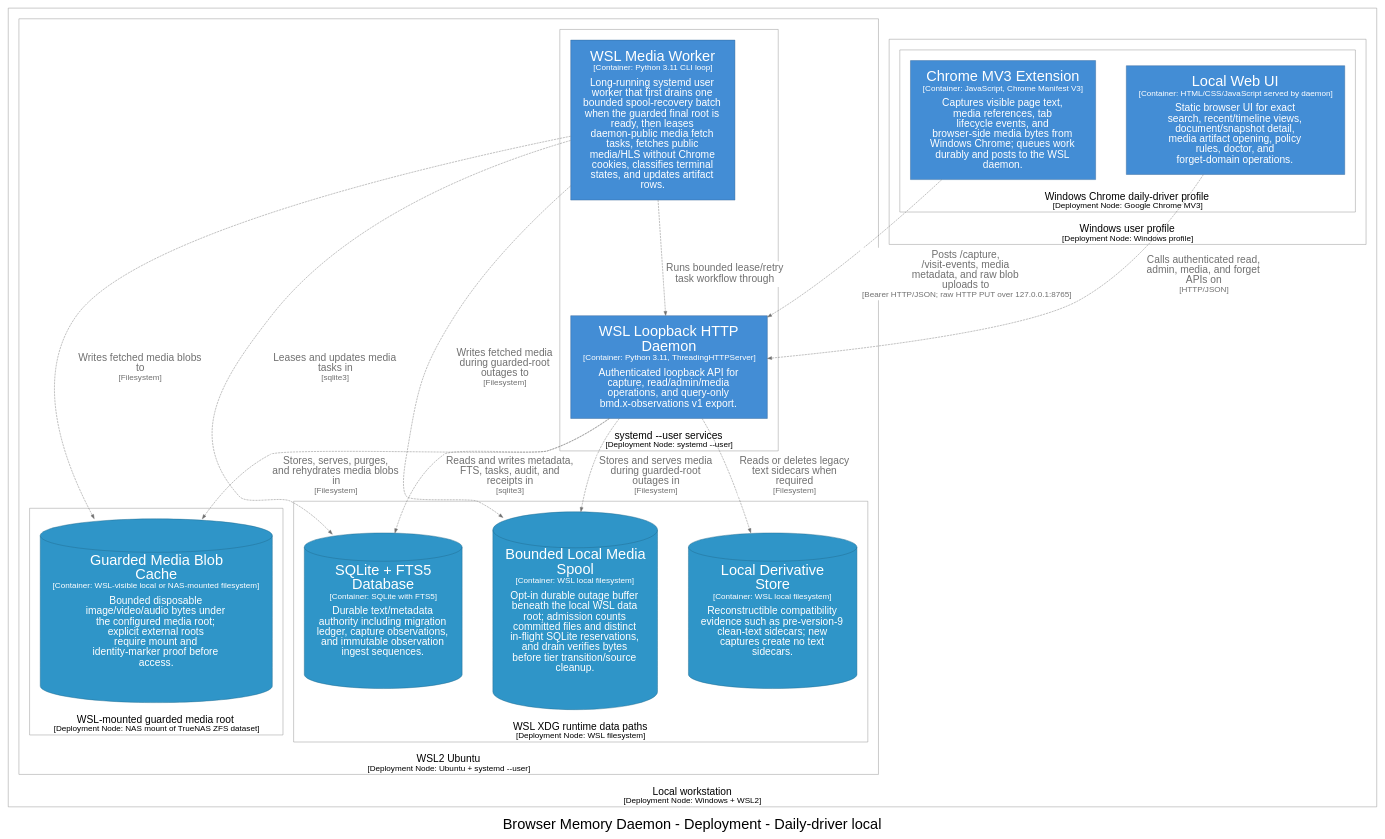
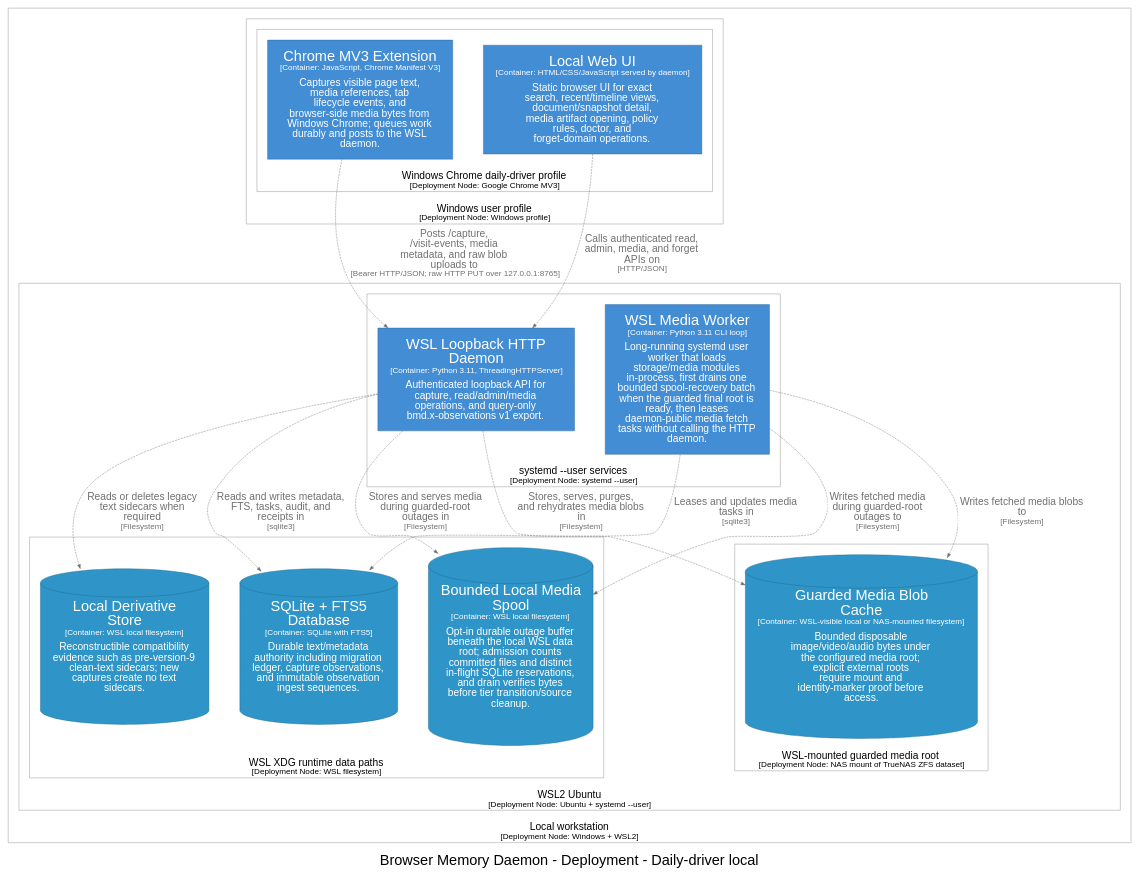
One commit to michaelnicks0/browser-memory-daemon changed the diagram in docs/architecture/diagrams/dot/structurizr-DailyDriverDeployment.dot. Above: the diagram before and after it, drawn with Graphviz. The commit also changed 269 other files, not shown here.

Commit message:
docs: reconcile late architecture audit findings

```diff
--- a/docs/architecture/diagrams/dot/structurizr-DailyDriverDeployment.dot
+++ b/docs/architecture/diagrams/dot/structurizr-DailyDriverDeployment.dot
@@ -5,7 +5,7 @@
   edge [fontname="Arial"]
   label=<<br /><font point-size="34">Browser Memory Daemon - Deployment - Daily-driver local</font>>
 
-  subgraph cluster_175 {
+  subgraph cluster_203 {
     margin=25
     label=<<font point-size="24">Local workstation</font><br /><font point-size="19">[Deployment Node: Windows + WSL2]</font>>
     labelloc=b
@@ -13,7 +13,7 @@
     fontcolor="#000000"
     fillcolor="#ffffff"
 
-    subgraph cluster_176 {
+    subgraph cluster_204 {
       margin=25
       label=<<font point-size="24">Windows user profile</font><br /><font point-size="19">[Deployment Node: Windows profile]</font>>
       labelloc=b
@@ -21,7 +21,7 @@
       fontcolor="#000000"
       fillcolor="#ffffff"
 
-      subgraph cluster_177 {
+      subgraph cluster_205 {
         margin=25
         label=<<font point-size="24">Windows Chrome daily-driver profile</font><br /><font point-size="19">[Deployment Node: Google Chrome MV3]</font>>
         labelloc=b
@@ -29,13 +29,13 @@
         fontcolor="#000000"
         fillcolor="#ffffff"
 
-        178 [id=178,shape=rect, label=<<font point-size="34">Chrome MV3 Extension</font><br /><font point-size="19">[Container: JavaScript, Chrome Manifest V3]</font><br /><br /><font point-size="24">Captures visible page text,<br />media references, tab<br />lifecycle events, and<br />browser-side media bytes from<br />Windows Chrome; queues work<br />durably and posts to the WSL<br />daemon.</font>>, style=filled, color="#2e6295", fillcolor="#438dd5", fontcolor="#ffffff"]
-        181 [id=181,shape=rect, label=<<font point-size="34">Local Web UI</font><br /><font point-size="19">[Container: HTML/CSS/JavaScript served by daemon]</font><br /><br /><font point-size="24">Static browser UI for exact<br />search, recent/timeline views,<br />document/snapshot detail,<br />media artifact opening, policy<br />rules, doctor, and<br />forget-domain operations.</font>>, style=filled, color="#2e6295", fillcolor="#438dd5", fontcolor="#ffffff"]
+        206 [id=206,shape=rect, label=<<font point-size="34">Chrome MV3 Extension</font><br /><font point-size="19">[Container: JavaScript, Chrome Manifest V3]</font><br /><br /><font point-size="24">Captures visible page text,<br />media references, tab<br />lifecycle events, and<br />browser-side media bytes from<br />Windows Chrome; queues work<br />durably and posts to the WSL<br />daemon.</font>>, style=filled, color="#2e6295", fillcolor="#438dd5", fontcolor="#ffffff"]
+        209 [id=209,shape=rect, label=<<font point-size="34">Local Web UI</font><br /><font point-size="19">[Container: HTML/CSS/JavaScript served by daemon]</font><br /><br /><font point-size="24">Static browser UI for exact<br />search, recent/timeline views,<br />document/snapshot detail,<br />media artifact opening, policy<br />rules, doctor, and<br />forget-domain operations.</font>>, style=filled, color="#2e6295", fillcolor="#438dd5", fontcolor="#ffffff"]
       }
 
     }
 
-    subgraph cluster_183 {
+    subgraph cluster_211 {
       margin=25
       label=<<font point-size="24">WSL2 Ubuntu</font><br /><font point-size="19">[Deployment Node: Ubuntu + systemd --user]</font>>
       labelloc=b
@@ -43,7 +43,7 @@
       fontcolor="#000000"
       fillcolor="#ffffff"
 
-      subgraph cluster_184 {
+      subgraph cluster_212 {
         margin=25
         label=<<font point-size="24">systemd --user services</font><br /><font point-size="19">[Deployment Node: systemd --user]</font>>
         labelloc=b
@@ -51,11 +51,11 @@
         fontcolor="#000000"
         fillcolor="#ffffff"
 
-        185 [id=185,shape=rect, label=<<font point-size="34">WSL Loopback HTTP<br />Daemon</font><br /><font point-size="19">[Container: Python 3.11, ThreadingHTTPServer]</font><br /><br /><font point-size="24">Authenticated loopback API for<br />capture, read/admin/media<br />operations, and query-only<br />bmd.x-observations v1 export.</font>>, style=filled, color="#2e6295", fillcolor="#438dd5", fontcolor="#ffffff"]
-        188 [id=188,shape=rect, label=<<font point-size="34">WSL Media Worker</font><br /><font point-size="19">[Container: Python 3.11 CLI loop]</font><br /><br /><font point-size="24">Long-running systemd user<br />worker that first drains one<br />bounded spool-recovery batch<br />when the guarded final root is<br />ready, then leases<br />daemon-public media fetch<br />tasks, fetches public<br />media/HLS without Chrome<br />cookies, classifies terminal<br />states, and updates artifact<br />rows.</font>>, style=filled, color="#2e6295", fillcolor="#438dd5", fontcolor="#ffffff"]
+        213 [id=213,shape=rect, label=<<font point-size="34">WSL Loopback HTTP<br />Daemon</font><br /><font point-size="19">[Container: Python 3.11, ThreadingHTTPServer]</font><br /><br /><font point-size="24">Authenticated loopback API for<br />capture, read/admin/media<br />operations, and query-only<br />bmd.x-observations v1 export.</font>>, style=filled, color="#2e6295", fillcolor="#438dd5", fontcolor="#ffffff"]
+        216 [id=216,shape=rect, label=<<font point-size="34">WSL Media Worker</font><br /><font point-size="19">[Container: Python 3.11 CLI loop]</font><br /><br /><font point-size="24">Long-running systemd user<br />worker that loads<br />storage/media modules<br />in-process, first drains one<br />bounded spool-recovery batch<br />when the guarded final root is<br />ready, then leases<br />daemon-public media fetch<br />tasks without calling the HTTP<br />daemon.</font>>, style=filled, color="#2e6295", fillcolor="#438dd5", fontcolor="#ffffff"]
       }
 
-      subgraph cluster_190 {
+      subgraph cluster_217 {
         margin=25
         label=<<font point-size="24">WSL shell</font><br /><font point-size="19">[Deployment Node: Bash + Python]</font>>
         labelloc=b
@@ -65,7 +65,7 @@
 
       }
 
-      subgraph cluster_193 {
+      subgraph cluster_220 {
         margin=25
         label=<<font point-size="24">WSL XDG runtime data paths</font><br /><font point-size="19">[Deployment Node: WSL filesystem]</font>>
         labelloc=b
@@ -73,12 +73,12 @@
         fontcolor="#000000"
         fillcolor="#ffffff"
 
-        194 [id=194,shape=cylinder, label=<<font point-size="34">SQLite + FTS5<br />Database</font><br /><font point-size="19">[Container: SQLite with FTS5]</font><br /><br /><font point-size="24">Durable text/metadata<br />authority including migration<br />ledger, capture observations,<br />and immutable observation<br />ingest sequences.</font>>, style=filled, color="#20688c", fillcolor="#2f95c8", fontcolor="#ffffff"]
-        198 [id=198,shape=cylinder, label=<<font point-size="34">Local Derivative<br />Store</font><br /><font point-size="19">[Container: WSL local filesystem]</font><br /><br /><font point-size="24">Reconstructible compatibility<br />evidence such as pre-version-9<br />clean-text sidecars; new<br />captures create no text<br />sidecars.</font>>, style=filled, color="#20688c", fillcolor="#2f95c8", fontcolor="#ffffff"]
-        201 [id=201,shape=cylinder, label=<<font point-size="34">Bounded Local Media<br />Spool</font><br /><font point-size="19">[Container: WSL local filesystem]</font><br /><br /><font point-size="24">Opt-in durable outage buffer<br />beneath the local WSL data<br />root; admission counts<br />committed files and distinct<br />in-flight SQLite reservations,<br />and drain verifies bytes<br />before tier transition/source<br />cleanup.</font>>, style=filled, color="#20688c", fillcolor="#2f95c8", fontcolor="#ffffff"]
+        221 [id=221,shape=cylinder, label=<<font point-size="34">SQLite + FTS5<br />Database</font><br /><font point-size="19">[Container: SQLite with FTS5]</font><br /><br /><font point-size="24">Durable text/metadata<br />authority including migration<br />ledger, capture observations,<br />and immutable observation<br />ingest sequences.</font>>, style=filled, color="#20688c", fillcolor="#2f95c8", fontcolor="#ffffff"]
+        225 [id=225,shape=cylinder, label=<<font point-size="34">Local Derivative<br />Store</font><br /><font point-size="19">[Container: WSL local filesystem]</font><br /><br /><font point-size="24">Reconstructible compatibility<br />evidence such as pre-version-9<br />clean-text sidecars; new<br />captures create no text<br />sidecars.</font>>, style=filled, color="#20688c", fillcolor="#2f95c8", fontcolor="#ffffff"]
+        228 [id=228,shape=cylinder, label=<<font point-size="34">Bounded Local Media<br />Spool</font><br /><font point-size="19">[Container: WSL local filesystem]</font><br /><br /><font point-size="24">Opt-in durable outage buffer<br />beneath the local WSL data<br />root; admission counts<br />committed files and distinct<br />in-flight SQLite reservations,<br />and drain verifies bytes<br />before tier transition/source<br />cleanup.</font>>, style=filled, color="#20688c", fillcolor="#2f95c8", fontcolor="#ffffff"]
       }
 
-      subgraph cluster_206 {
+      subgraph cluster_233 {
         margin=25
         label=<<font point-size="24">WSL-mounted guarded media root</font><br /><font point-size="19">[Deployment Node: NAS mount of TrueNAS ZFS dataset]</font>>
         labelloc=b
@@ -86,21 +86,20 @@
         fontcolor="#000000"
         fillcolor="#ffffff"
 
-        207 [id=207,shape=cylinder, label=<<font point-size="34">Guarded Media Blob<br />Cache</font><br /><font point-size="19">[Container: WSL-visible local or NAS-mounted filesystem]</font><br /><br /><font point-size="24">Bounded disposable<br />image/video/audio bytes under<br />the configured media root;<br />explicit external roots<br />require mount and<br />identity-marker proof before<br />access.</font>>, style=filled, color="#20688c", fillcolor="#2f95c8", fontcolor="#ffffff"]
+        234 [id=234,shape=cylinder, label=<<font point-size="34">Guarded Media Blob<br />Cache</font><br /><font point-size="19">[Container: WSL-visible local or NAS-mounted filesystem]</font><br /><br /><font point-size="24">Bounded disposable<br />image/video/audio bytes under<br />the configured media root;<br />explicit external roots<br />require mount and<br />identity-marker proof before<br />access.</font>>, style=filled, color="#20688c", fillcolor="#2f95c8", fontcolor="#ffffff"]
       }
 
     }
 
   }
 
-  178 -> 185 [id=186, label=<<TABLE BORDER="0" CELLBORDER="0" CELLSPACING="0" CELLPADDING="4" BGCOLOR="white"><TR><TD><font point-size="24">Posts /capture,<br />/visit-events, media<br />metadata, and raw blob<br />uploads to</font><br /><font point-size="19">[Bearer HTTP/JSON; raw HTTP PUT over 127.0.0.1:8765]</font></TD></TR></TABLE>>, style="dashed", color="#707070", fontcolor="#707070"]
-  181 -> 185 [id=187, label=<<TABLE BORDER="0" CELLBORDER="0" CELLSPACING="0" CELLPADDING="4" BGCOLOR="white"><TR><TD><font point-size="24">Calls authenticated read,<br />admin, media, and forget<br />APIs on</font><br /><font point-size="19">[HTTP/JSON]</font></TD></TR></TABLE>>, style="dashed", color="#707070", fontcolor="#707070"]
-  188 -> 185 [id=189, label=<<TABLE BORDER="0" CELLBORDER="0" CELLSPACING="0" CELLPADDING="4" BGCOLOR="white"><TR><TD><font point-size="24">Runs bounded lease/retry<br />task workflow through</font></TD></TR></TABLE>>, style="dashed", color="#707070", fontcolor="#707070"]
-  185 -> 194 [id=195, label=<<TABLE BORDER="0" CELLBORDER="0" CELLSPACING="0" CELLPADDING="4" BGCOLOR="white"><TR><TD><font point-size="24">Reads and writes metadata,<br />FTS, tasks, audit, and<br />receipts in</font><br /><font point-size="19">[sqlite3]</font></TD></TR></TABLE>>, style="dashed", color="#707070", fontcolor="#707070"]
-  188 -> 194 [id=196, label=<<TABLE BORDER="0" CELLBORDER="0" CELLSPACING="0" CELLPADDING="4" BGCOLOR="white"><TR><TD><font point-size="24">Leases and updates media<br />tasks in</font><br /><font point-size="19">[sqlite3]</font></TD></TR></TABLE>>, style="dashed", color="#707070", fontcolor="#707070"]
-  185 -> 198 [id=199, label=<<TABLE BORDER="0" CELLBORDER="0" CELLSPACING="0" CELLPADDING="4" BGCOLOR="white"><TR><TD><font point-size="24">Reads or deletes legacy<br />text sidecars when<br />required</font><br /><font point-size="19">[Filesystem]</font></TD></TR></TABLE>>, style="dashed", color="#707070", fontcolor="#707070"]
-  185 -> 201 [id=202, label=<<TABLE BORDER="0" CELLBORDER="0" CELLSPACING="0" CELLPADDING="4" BGCOLOR="white"><TR><TD><font point-size="24">Stores and serves media<br />during guarded-root<br />outages in</font><br /><font point-size="19">[Filesystem]</font></TD></TR></TABLE>>, style="dashed", color="#707070", fontcolor="#707070"]
-  188 -> 201 [id=203, label=<<TABLE BORDER="0" CELLBORDER="0" CELLSPACING="0" CELLPADDING="4" BGCOLOR="white"><TR><TD><font point-size="24">Writes fetched media<br />during guarded-root<br />outages to</font><br /><font point-size="19">[Filesystem]</font></TD></TR></TABLE>>, style="dashed", color="#707070", fontcolor="#707070"]
-  185 -> 207 [id=208, label=<<TABLE BORDER="0" CELLBORDER="0" CELLSPACING="0" CELLPADDING="4" BGCOLOR="white"><TR><TD><font point-size="24">Stores, serves, purges,<br />and rehydrates media blobs<br />in</font><br /><font point-size="19">[Filesystem]</font></TD></TR></TABLE>>, style="dashed", color="#707070", fontcolor="#707070"]
-  188 -> 207 [id=209, label=<<TABLE BORDER="0" CELLBORDER="0" CELLSPACING="0" CELLPADDING="4" BGCOLOR="white"><TR><TD><font point-size="24">Writes fetched media blobs<br />to</font><br /><font point-size="19">[Filesystem]</font></TD></TR></TABLE>>, style="dashed", color="#707070", fontcolor="#707070"]
+  206 -> 213 [id=214, label=<<TABLE BORDER="0" CELLBORDER="0" CELLSPACING="0" CELLPADDING="4" BGCOLOR="white"><TR><TD><font point-size="24">Posts /capture,<br />/visit-events, media<br />metadata, and raw blob<br />uploads to</font><br /><font point-size="19">[Bearer HTTP/JSON; raw HTTP PUT over 127.0.0.1:8765]</font></TD></TR></TABLE>>, style="dashed", color="#707070", fontcolor="#707070"]
+  209 -> 213 [id=215, label=<<TABLE BORDER="0" CELLBORDER="0" CELLSPACING="0" CELLPADDING="4" BGCOLOR="white"><TR><TD><font point-size="24">Calls authenticated read,<br />admin, media, and forget<br />APIs on</font><br /><font point-size="19">[HTTP/JSON]</font></TD></TR></TABLE>>, style="dashed", color="#707070", fontcolor="#707070"]
+  213 -> 221 [id=222, label=<<TABLE BORDER="0" CELLBORDER="0" CELLSPACING="0" CELLPADDING="4" BGCOLOR="white"><TR><TD><font point-size="24">Reads and writes metadata,<br />FTS, tasks, audit, and<br />receipts in</font><br /><font point-size="19">[sqlite3]</font></TD></TR></TABLE>>, style="dashed", color="#707070", fontcolor="#707070"]
+  216 -> 221 [id=223, label=<<TABLE BORDER="0" CELLBORDER="0" CELLSPACING="0" CELLPADDING="4" BGCOLOR="white"><TR><TD><font point-size="24">Leases and updates media<br />tasks in</font><br /><font point-size="19">[sqlite3]</font></TD></TR></TABLE>>, style="dashed", color="#707070", fontcolor="#707070"]
+  213 -> 225 [id=226, label=<<TABLE BORDER="0" CELLBORDER="0" CELLSPACING="0" CELLPADDING="4" BGCOLOR="white"><TR><TD><font point-size="24">Reads or deletes legacy<br />text sidecars when<br />required</font><br /><font point-size="19">[Filesystem]</font></TD></TR></TABLE>>, style="dashed", color="#707070", fontcolor="#707070"]
+  213 -> 228 [id=229, label=<<TABLE BORDER="0" CELLBORDER="0" CELLSPACING="0" CELLPADDING="4" BGCOLOR="white"><TR><TD><font point-size="24">Stores and serves media<br />during guarded-root<br />outages in</font><br /><font point-size="19">[Filesystem]</font></TD></TR></TABLE>>, style="dashed", color="#707070", fontcolor="#707070"]
+  216 -> 228 [id=230, label=<<TABLE BORDER="0" CELLBORDER="0" CELLSPACING="0" CELLPADDING="4" BGCOLOR="white"><TR><TD><font point-size="24">Writes fetched media<br />during guarded-root<br />outages to</font><br /><font point-size="19">[Filesystem]</font></TD></TR></TABLE>>, style="dashed", color="#707070", fontcolor="#707070"]
+  213 -> 234 [id=235, label=<<TABLE BORDER="0" CELLBORDER="0" CELLSPACING="0" CELLPADDING="4" BGCOLOR="white"><TR><TD><font point-size="24">Stores, serves, purges,<br />and rehydrates media blobs<br />in</font><br /><font point-size="19">[Filesystem]</font></TD></TR></TABLE>>, style="dashed", color="#707070", fontcolor="#707070"]
+  216 -> 234 [id=236, label=<<TABLE BORDER="0" CELLBORDER="0" CELLSPACING="0" CELLPADDING="4" BGCOLOR="white"><TR><TD><font point-size="24">Writes fetched media blobs<br />to</font><br /><font point-size="19">[Filesystem]</font></TD></TR></TABLE>>, style="dashed", color="#707070", fontcolor="#707070"]
 }
```
